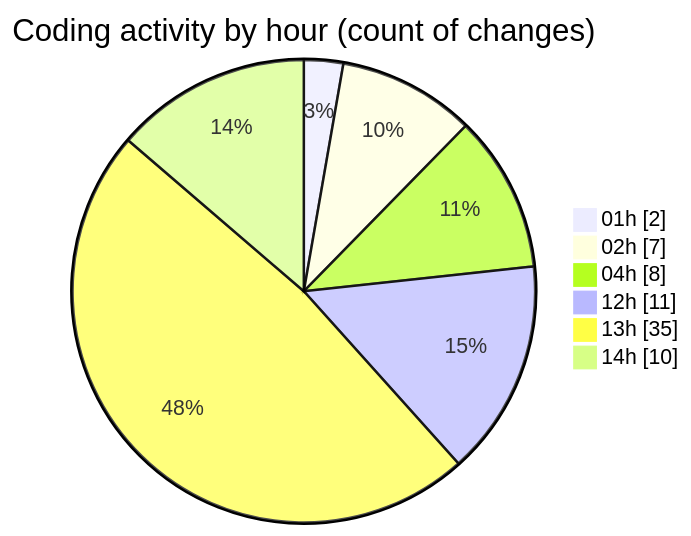
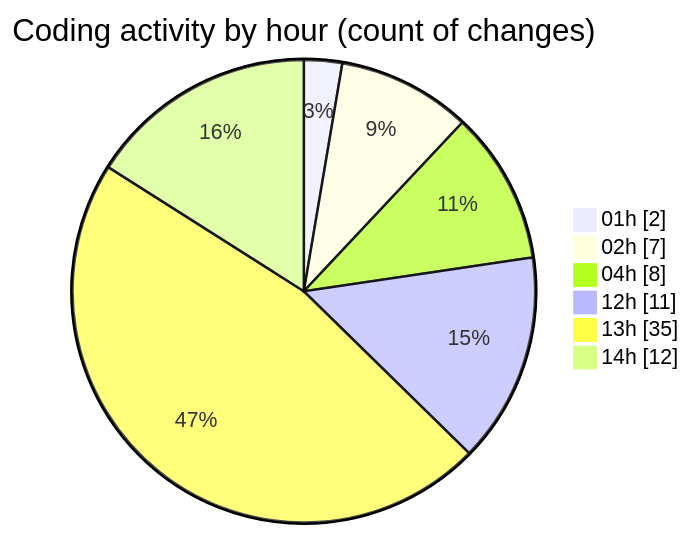
Before and after one commit to lephambinh05/code-tracking: the second of 2 diagrams in 2025-08-11/rentotp/README.md, drawn with Mermaid. The commit also changed other lines of this file and 1 other file, not shown here.

````diff
--- a/2025-08-11/rentotp/README.md
+++ b/2025-08-11/rentotp/README.md
@@ -45,10 +46,10 @@
 ```mermaid
 pie showData
 title Coding activity by hour (count of changes)
 "01h" : 2
 "02h" : 7
 "04h" : 8
 "12h" : 11
 "13h" : 35
-"14h" : 10
+"14h" : 12
 ```
````
